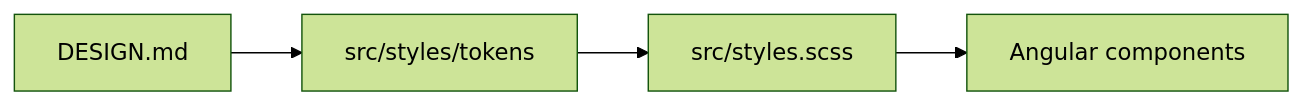
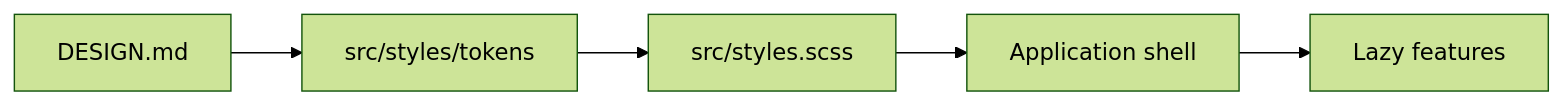
The diagram in lode/summary.md (Zwezh/media-shelf), drawn with Mermaid (forest theme) before and after one commit. The commit also changed other lines of this file and 46 other files, not shown here.

````diff
--- a/lode/summary.md
+++ b/lode/summary.md
@@ -14,6 +14,7 @@
 ```mermaid
 flowchart LR
   Design[DESIGN.md] --> Tokens[src/styles/tokens]
   Tokens --> Global[src/styles.scss]
-  Global --> Components[Angular components]
+  Global --> Shell[Application shell]
+  Shell --> Features[Lazy features]
 ```
````
